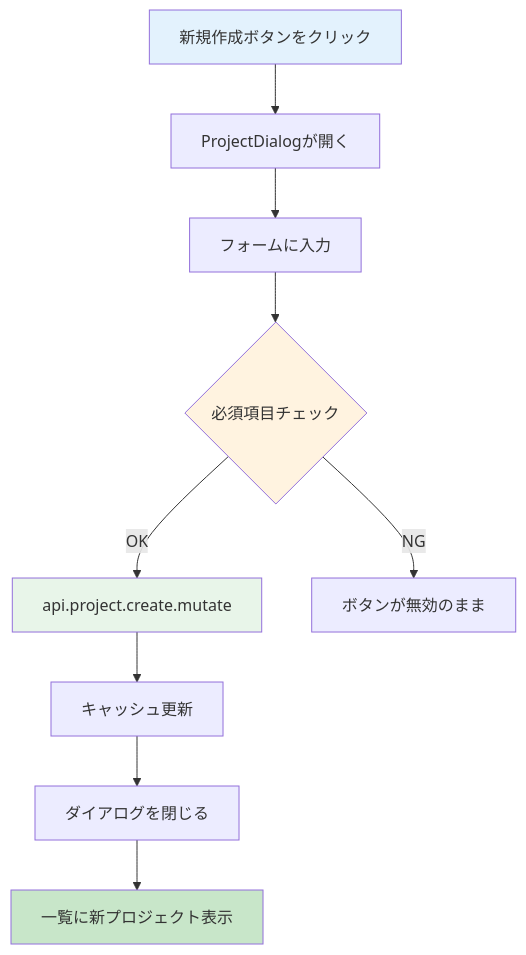
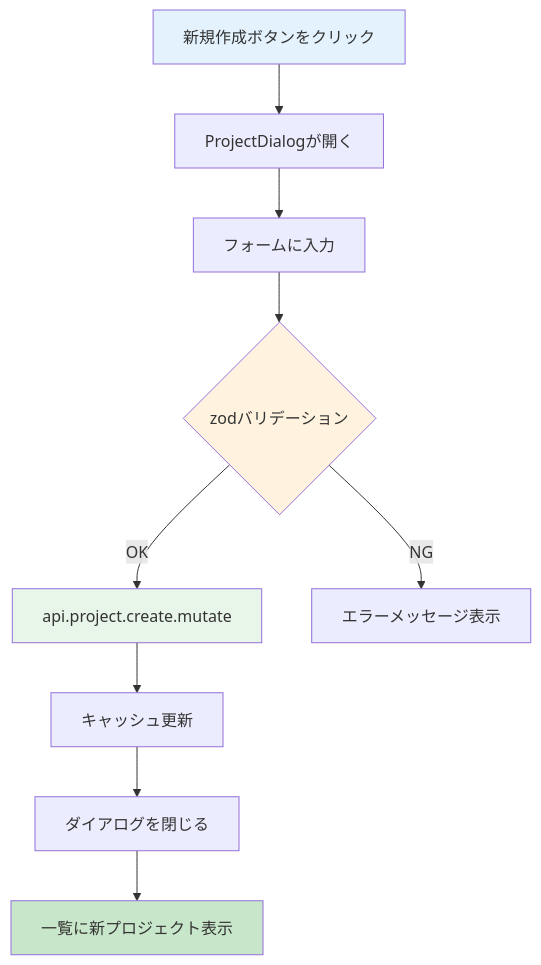
Before and after one commit to kouiso/task-app: the diagram in material/30days-curriculum/day10_プロジェクト新規作成.md, drawn with Mermaid. The commit also changed other lines of this file and 2 other files, not shown here.

````diff
--- a/material/30days-curriculum/day10_プロジェクト新規作成.md
+++ b/material/30days-curriculum/day10_プロジェクト新規作成.md
@@ -17,16 +17,16 @@
 ```mermaid
 graph TD
     A[新規作成ボタンをクリック] --> B[ProjectDialogが開く]
     B --> C[フォームに入力]
-    C --> D{必須項目チェック}
+    C --> D{zodバリデーション}
     D -->|OK| E[api.project.create.mutate]
-    D -->|NG| F[ボタンが無効のまま]
+    D -->|NG| F[エラーメッセージ表示]
     E --> G[キャッシュ更新]
     G --> H[ダイアログを閉じる]
     H --> I[一覧に新プロジェクト表示]
 
     style A fill:#e3f2fd
     style D fill:#fff3e0
     style E fill:#e8f5e9
     style I fill:#c8e6c9
 ```
````
